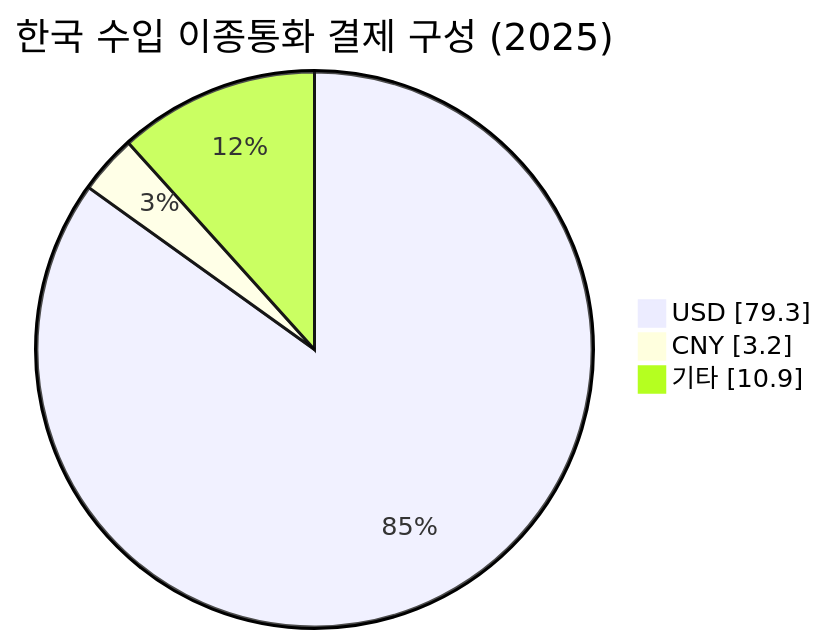
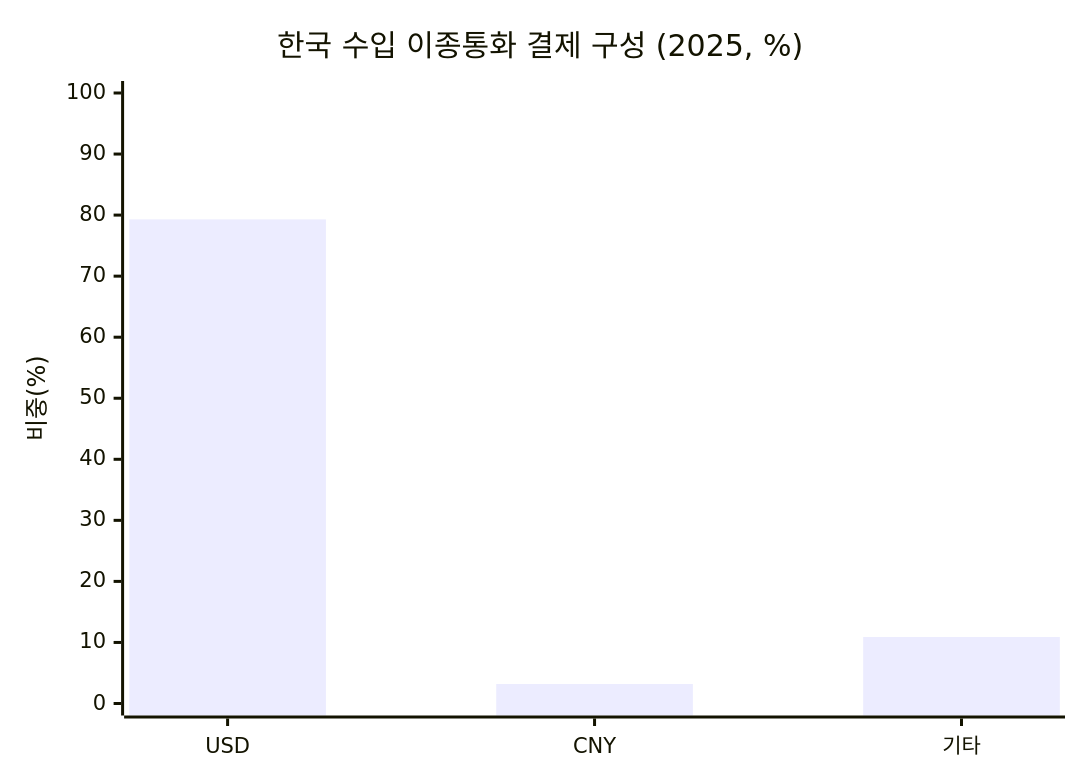
Before and after one commit to jennie-brain/business-analysis-frameworks: the second of 5 diagrams in 04_TAM-SAM-SOM_마켓세그먼트/06_6단계_반복적정제.md, drawn with Mermaid. The commit also changed other lines of this file and 2 other files, not shown here.

First line of the commit message:
mermaid 렌더링 오류 수정 및 파이차트를 막대차트로 교체

````diff
--- a/04_TAM-SAM-SOM_마켓세그먼트/06_6단계_반복적정제.md
+++ b/04_TAM-SAM-SOM_마켓세그먼트/06_6단계_반복적정제.md
@@ -29,7 +27,7 @@
 ```mermaid
-pie showData
-    title 한국 수입 이종통화 결제 구성 (2025)
-    "USD" : 79.3
-    "CNY" : 3.2
-    "기타" : 10.9
+xychart-beta
+    title "한국 수입 이종통화 결제 구성 (2025, %)"
+    x-axis ["USD", "CNY", "기타"]
+    y-axis "비중(%)" 0 --> 100
+    bar [79.3, 3.2, 10.9]
 ```
````
